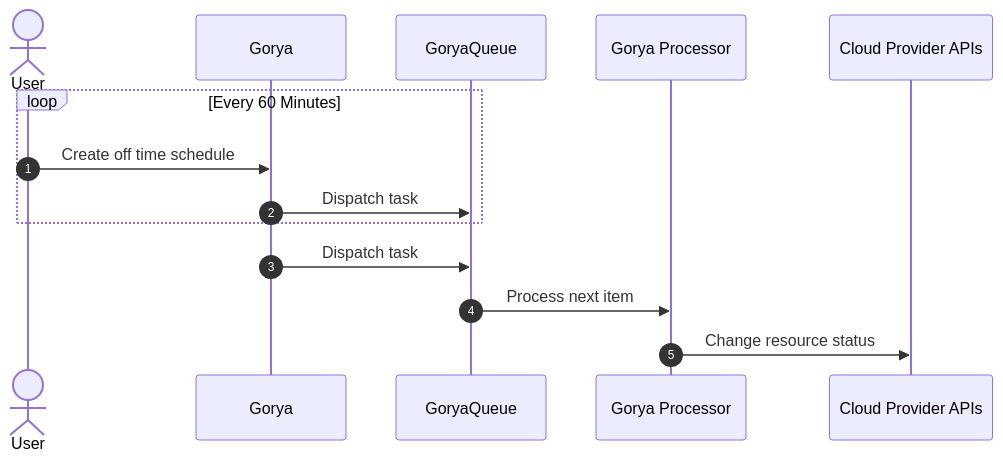
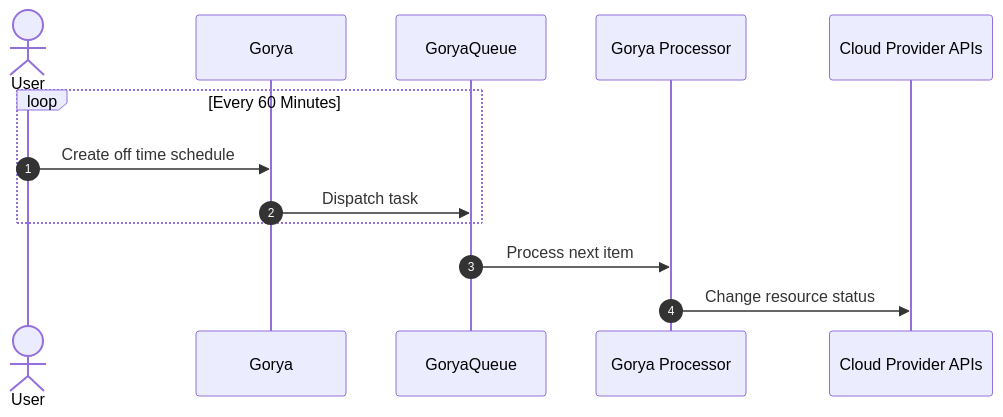
Before and after one commit to phuongdnguyen/gorya: the second of 2 diagrams in README.md, drawn with Mermaid.

````diff
--- a/README.md
+++ b/README.md
@@ -88,18 +88,17 @@
 ```mermaid
 sequenceDiagram
 autonumber
 actor U as User
 participant G as Gorya
 participant Q as GoryaQueue
 participant P as Gorya Processor
 participant C as Cloud Provider APIs
 
 loop Every 60 Minutes
 U->>G: Create off time schedule
 G->>Q: Dispatch task
 end
-G->>Q: Dispatch task
 Q->>P: Process next item
 P->>C: Change resource status
 
 ```
````
